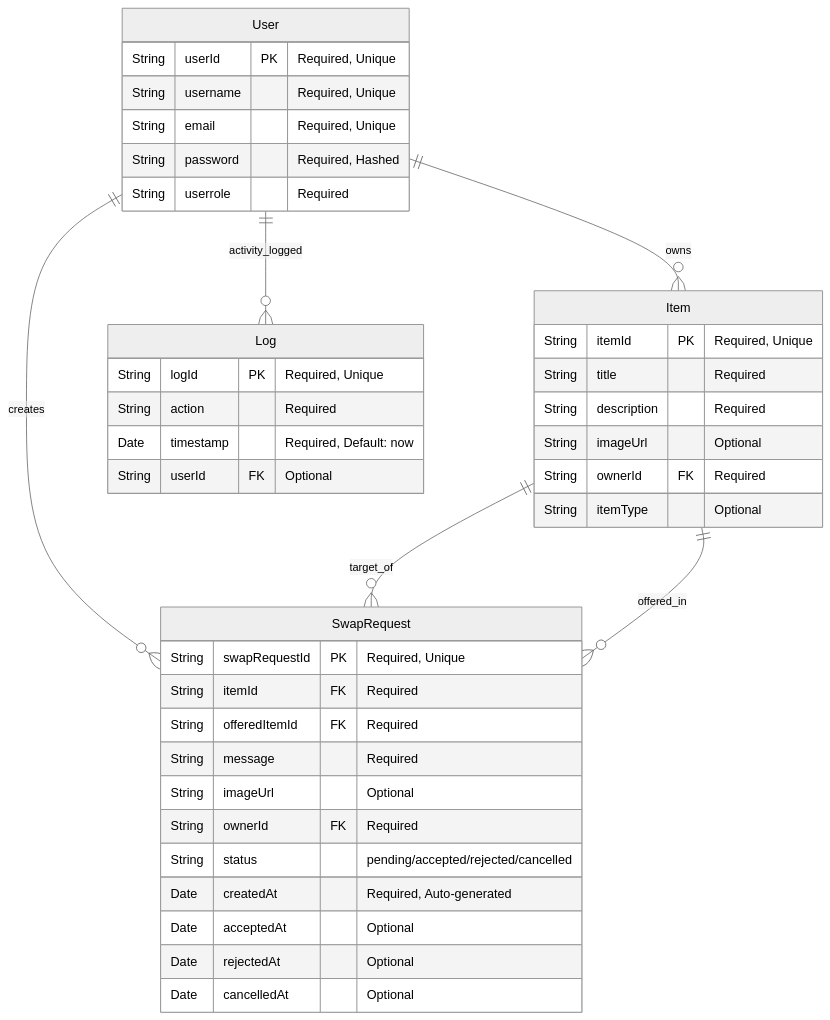
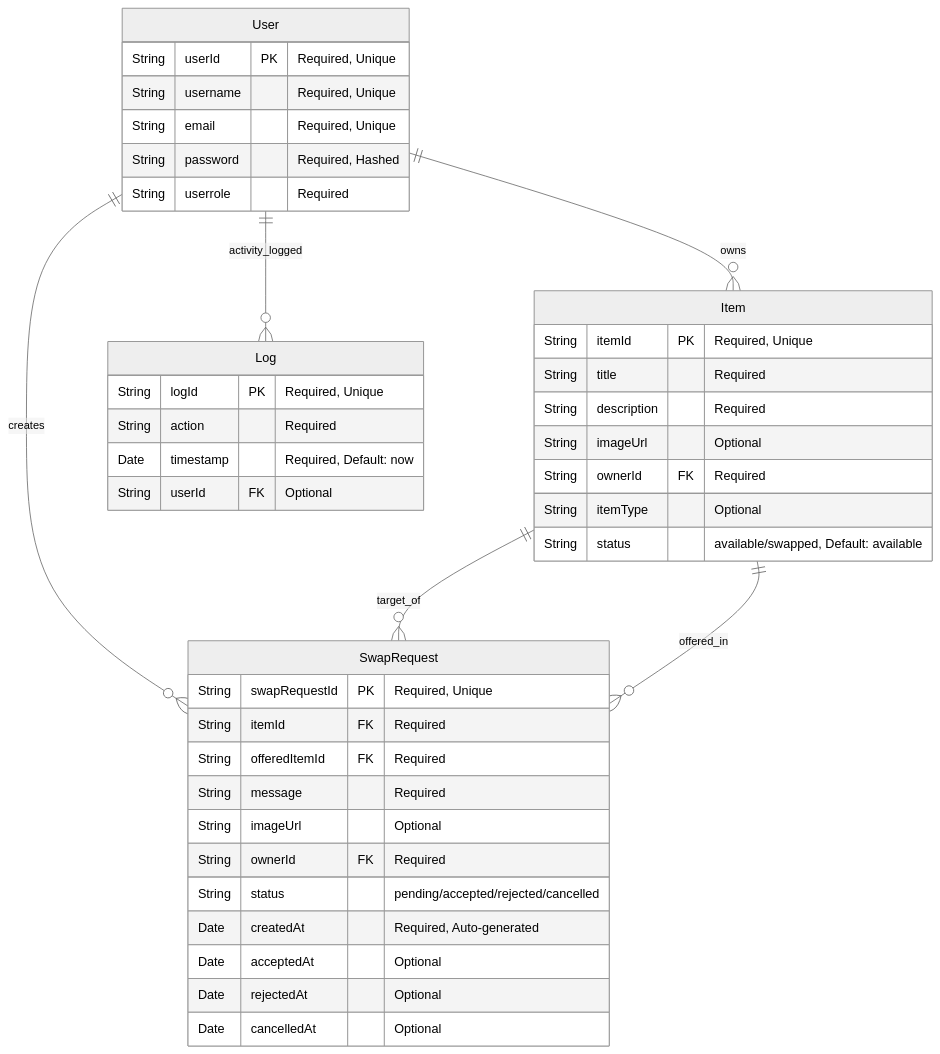
Before and after one commit to max3nn/home-swap: the diagram in docs/DATABASE_SCHEMA.md, drawn with Mermaid (neutral theme). The commit also changed other lines of this file, not shown here.

````diff
--- a/docs/DATABASE_SCHEMA.md
+++ b/docs/DATABASE_SCHEMA.md
@@ -7,46 +7,47 @@
 ```mermaid
 erDiagram
     User {
         String userId PK "Required, Unique"
         String username "Required, Unique"
         String email "Required, Unique"
         String password "Required, Hashed"
         String userrole "Required"
     }
 
     Item {
         String itemId PK "Required, Unique"
         String title "Required"
         String description "Required"
         String imageUrl "Optional"
         String ownerId FK "Required"
         String itemType "Optional"
+        String status "available/swapped, Default: available"
     }
 
     SwapRequest {
         String swapRequestId PK "Required, Unique"
         String itemId FK "Required"
         String offeredItemId FK "Required"
         String message "Required"
         String imageUrl "Optional"
         String ownerId FK "Required"
         String status "pending/accepted/rejected/cancelled"
         Date createdAt "Required, Auto-generated"
         Date acceptedAt "Optional"
         Date rejectedAt "Optional"
         Date cancelledAt "Optional"
     }
 
     Log {
         String logId PK "Required, Unique"
         String action "Required"
         Date timestamp "Required, Default: now"
         String userId FK "Optional"
     }
 
     User ||--o{ Item : owns
     User ||--o{ SwapRequest : creates
     Item ||--o{ SwapRequest : "target_of"
     Item ||--o{ SwapRequest : "offered_in"
     User ||--o{ Log : "activity_logged"
 ```
````
